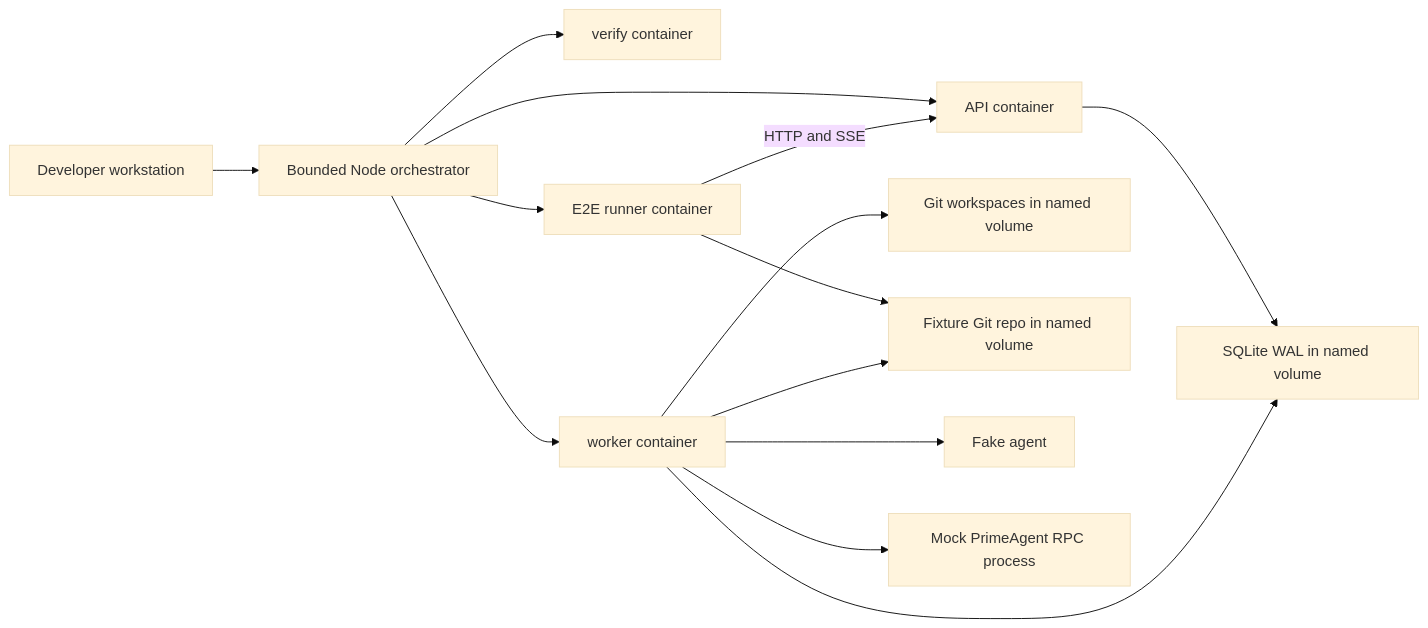
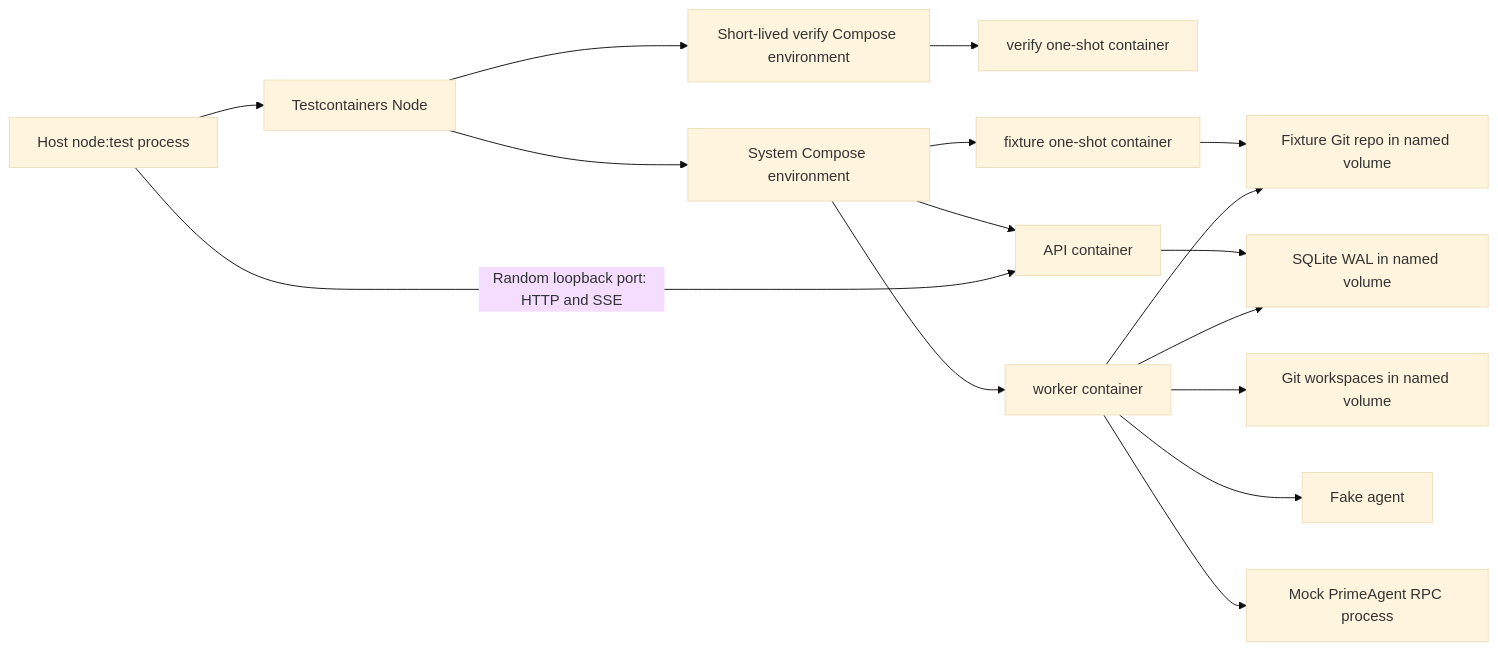
One commit to aywengo/mercury changed the first of 2 diagrams in docs/local-e2e-design.md. Above: the diagram before and after it, drawn with Mermaid (base theme). The commit also changed other lines of this file, not shown here.

Commit message:
docs: adopt Testcontainers for local E2E design

````diff
--- a/docs/local-e2e-design.md
+++ b/docs/local-e2e-design.md
@@ -249,18 +275,20 @@
 ```mermaid
 flowchart LR
-  Host["Developer workstation"] --> Orchestrator["Bounded Node orchestrator"]
-  Orchestrator --> Verify["verify container"]
-  Orchestrator --> Api["API container"]
-  Orchestrator --> Worker["worker container"]
-  Orchestrator --> Runner["E2E runner container"]
+  HostTest["Host node:test process"] --> Testcontainers["Testcontainers Node"]
+  Testcontainers --> VerifyCompose["Short-lived verify Compose environment"]
+  Testcontainers --> SystemCompose["System Compose environment"]
+  VerifyCompose --> Verify["verify one-shot container"]
+  SystemCompose --> FixtureInit["fixture one-shot container"]
+  SystemCompose --> Api["API container"]
+  SystemCompose --> Worker["worker container"]
 
   Api --> Db["SQLite WAL in named volume"]
   Worker --> Db
   Worker --> Workspaces["Git workspaces in named volume"]
-  Runner --> Fixture["Fixture Git repo in named volume"]
+  FixtureInit --> Fixture["Fixture Git repo in named volume"]
   Worker --> Fixture
 
-  Runner -->|"HTTP and SSE"| Api
+  HostTest -->|"Random loopback port: HTTP and SSE"| Api
   Worker --> Fake["Fake agent"]
   Worker --> MockRpc["Mock PrimeAgent RPC process"]
 ```
````
